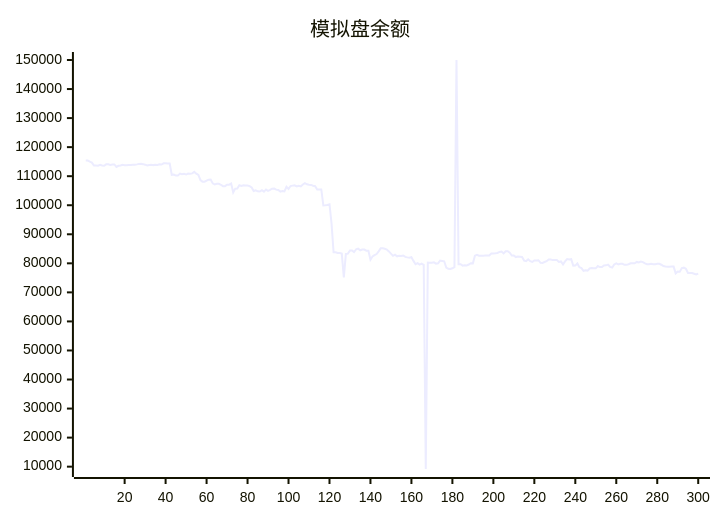
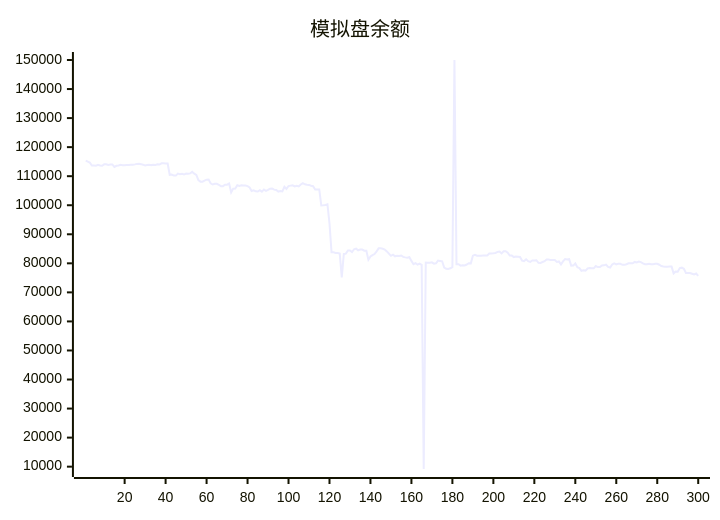
Before and after one commit to aahl/ai-trading: the diagram in README.md, drawn with Mermaid. The commit also changed other lines of this file and 1 other file, not shown here.

````diff
--- a/README.md
+++ b/README.md
@@ -5,5 +5,5 @@
 ```mermaid
 xychart
     title "模拟盘余额"
-    line [115358,115358,115032,114686,113688,113688,113610,113930,113672,113585,114083,114074,113840,113996,114051,113208,113593,113701,113901,113794,113784,113810,113848,113927,113929,114064,114232,114293,114144,113960,113698,113853,113942,113812,113908,113877,114091,113998,114427,114422,114384,114384,110477,110576,110198,110198,110890,110712,110812,110569,110929,110847,110968,111478,110870,110433,108661,108116,108115,108485,108797,108877,107536,107134,107393,107393,107046,106565,106565,107081,107081,107478,104404,105715,105749,106866,106651,106889,106771,106816,106565,106141,104876,105103,104796,104734,105169,104690,105380,104941,105272,105709,105739,105374,105227,104691,104924,104762,106364,105628,106608,106748,106872,106485,106721,106468,107132,107620,107224,107080,107001,106717,106567,105431,105431,105440,99950,100017,100113,100337,93749,83795,83807,83567,83567,83342,75168,83222,83336,84448,84449,83896,84839,85065,84499,84757,84757,84364,84347,81254,82385,82835,83184,84099,85150,85150,85002,84751,84096,83356,82582,82983,82404,82572,82512,82688,82200,82047,81920,82125,80840,79688,80060,79552,79920,79470,9193,80236,80208,80170,80336,79894,80006,80954,80837,80712,78561,78139,78037,78293,78682,150000,79720,79720,79214,79372,79279,79591,80046,79993,82625,82950,82626,82571,82633,82670,82670,82681,83386,83378,83464,83579,83920,84037,83402,84160,84142,83652,82655,82655,82145,82315,82243,82163,80934,80770,81371,80742,80468,80989,80989,81067,80191,80155,80450,80737,81309,81309,81106,81119,81119,80471,80631,79624,80670,81448,81290,81429,79212,79222,79940,78643,78380,77432,77623,77504,78235,78358,78284,78277,79048,78714,78714,79290,79308,79567,78763,78563,79603,79988,79652,79813,79813,79476,79469,79673,79995,80015,80015,80486,80314,80600,80436,79966,79689,79689,79819,79692,79692,79850,79850,79518,79071,78889,78850,78850,78878,78878,76554,77202,77103,78357,78510,78106,76678,76677,76672,76411,76159,76485]
+    line [115358,115032,114686,113688,113688,113610,113930,113672,113585,114083,114074,113840,113996,114051,113208,113593,113701,113901,113794,113784,113810,113848,113927,113929,114064,114232,114293,114144,113960,113698,113853,113942,113812,113908,113877,114091,113998,114427,114422,114384,114384,110477,110576,110198,110198,110890,110712,110812,110569,110929,110847,110968,111478,110870,110433,108661,108116,108115,108485,108797,108877,107536,107134,107393,107393,107046,106565,106565,107081,107081,107478,104404,105715,105749,106866,106651,106889,106771,106816,106565,106141,104876,105103,104796,104734,105169,104690,105380,104941,105272,105709,105739,105374,105227,104691,104924,104762,106364,105628,106608,106748,106872,106485,106721,106468,107132,107620,107224,107080,107001,106717,106567,105431,105431,105440,99950,100017,100113,100337,93749,83795,83807,83567,83567,83342,75168,83222,83336,84448,84449,83896,84839,85065,84499,84757,84757,84364,84347,81254,82385,82835,83184,84099,85150,85150,85002,84751,84096,83356,82582,82983,82404,82572,82512,82688,82200,82047,81920,82125,80840,79688,80060,79552,79920,79470,9193,80236,80208,80170,80336,79894,80006,80954,80837,80712,78561,78139,78037,78293,78682,150000,79720,79720,79214,79372,79279,79591,80046,79993,82625,82950,82626,82571,82633,82670,82670,82681,83386,83378,83464,83579,83920,84037,83402,84160,84142,83652,82655,82655,82145,82315,82243,82163,80934,80770,81371,80742,80468,80989,80989,81067,80191,80155,80450,80737,81309,81309,81106,81119,81119,80471,80631,79624,80670,81448,81290,81429,79212,79222,79940,78643,78380,77432,77623,77504,78235,78358,78284,78277,79048,78714,78714,79290,79308,79567,78763,78563,79603,79988,79652,79813,79813,79476,79469,79673,79995,80015,80015,80486,80314,80600,80436,79966,79689,79689,79819,79692,79692,79850,79850,79518,79071,78889,78850,78850,78878,78878,76554,77202,77103,78357,78510,78106,76678,76677,76672,76411,76159,76485,75656]
 ```
````
